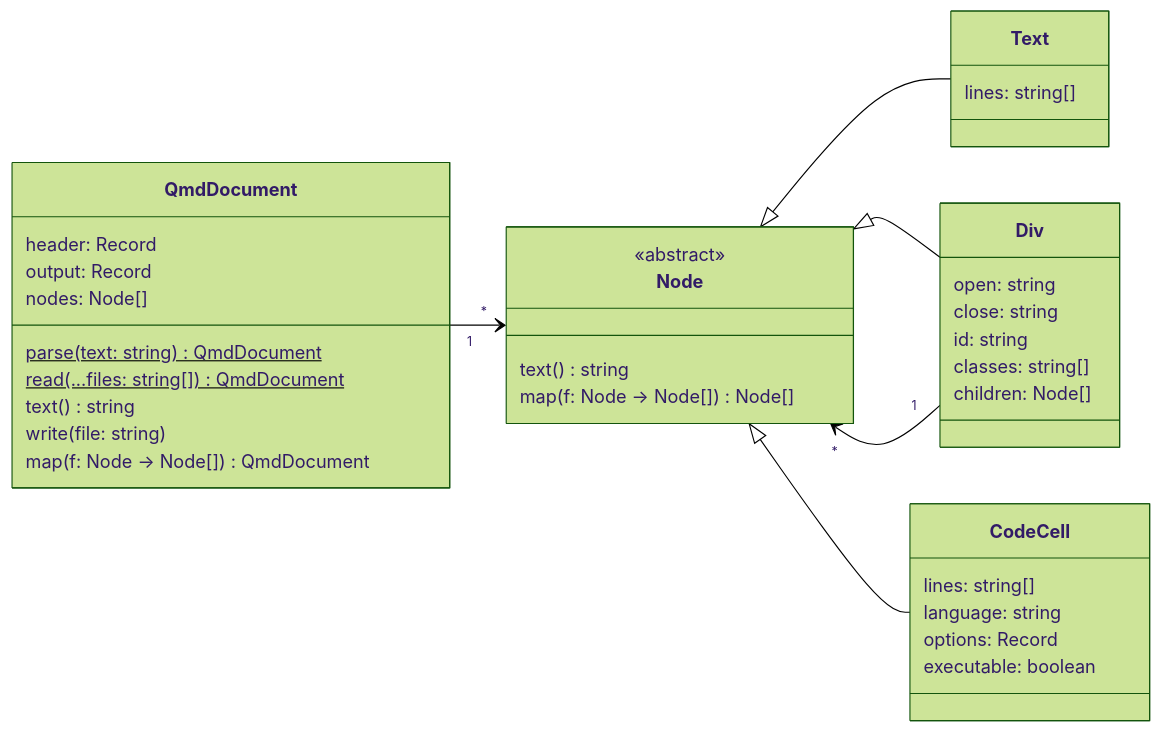
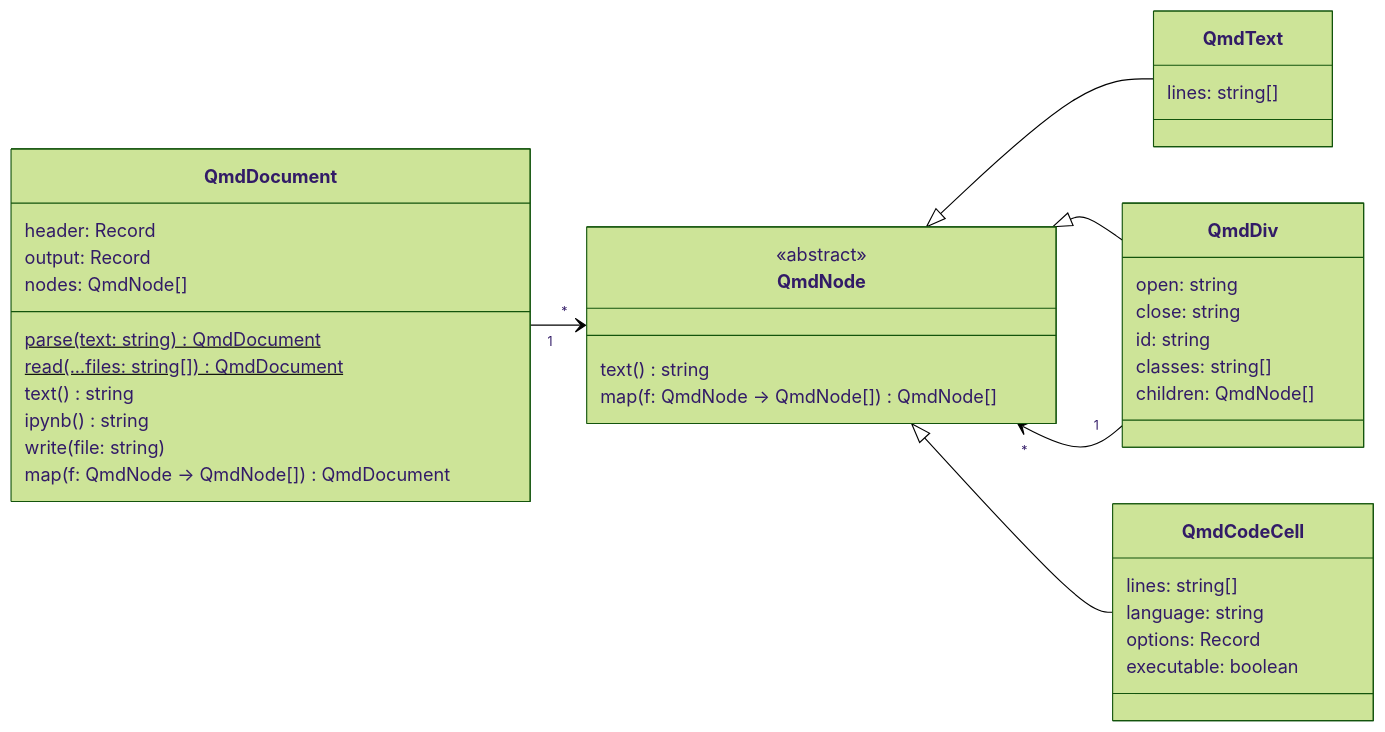
One commit to matthiasbaitsch/quarto-loi-moi changed the second of 5 diagrams in DESIGN.md. Above: the diagram before and after it, drawn with Mermaid (forest theme). The commit also changed other lines of this file and 5 other files, not shown here.

First line of the commit message:
Rewrite: QmdDocument with nodes, parser and Jupyter notebook

````diff
--- a/DESIGN.md
+++ b/DESIGN.md
@@ -76,40 +76,41 @@
 ```mermaid
 classDiagram
   direction LR
-  QmdDocument "1" --> "*" Node
-  Node <|-- Text
-  Node <|-- Div
-  Node <|-- CodeCell
-  Div "1" --> "*" Node
+  QmdDocument "1" --> "*" QmdNode
+  QmdNode <|-- QmdText
+  QmdNode <|-- QmdDiv
+  QmdNode <|-- QmdCodeCell
+  QmdDiv "1" --> "*" QmdNode
   class QmdDocument {
     header: Record
     output: Record
-    nodes: Node[]
+    nodes: QmdNode[]
     parse(text: string)$ QmdDocument
     read(...files: string[])$ QmdDocument
     text() string
+    ipynb() string
     write(file: string)
-    map(f: Node → Node[]) QmdDocument
+    map(f: QmdNode → QmdNode[]) QmdDocument
   }
-  class Node {
+  class QmdNode {
     <<abstract>>
     text() string
-    map(f: Node → Node[]) Node[]
+    map(f: QmdNode → QmdNode[]) QmdNode[]
   }
-  class Text {
+  class QmdText {
     lines: string[]
   }
-  class Div {
+  class QmdDiv {
     open: string
     close: string
     id: string
     classes: string[]
-    children: Node[]
+    children: QmdNode[]
   }
-  class CodeCell {
+  class QmdCodeCell {
     lines: string[]
     language: string
     options: Record
     executable: boolean
   }
 ```
````
